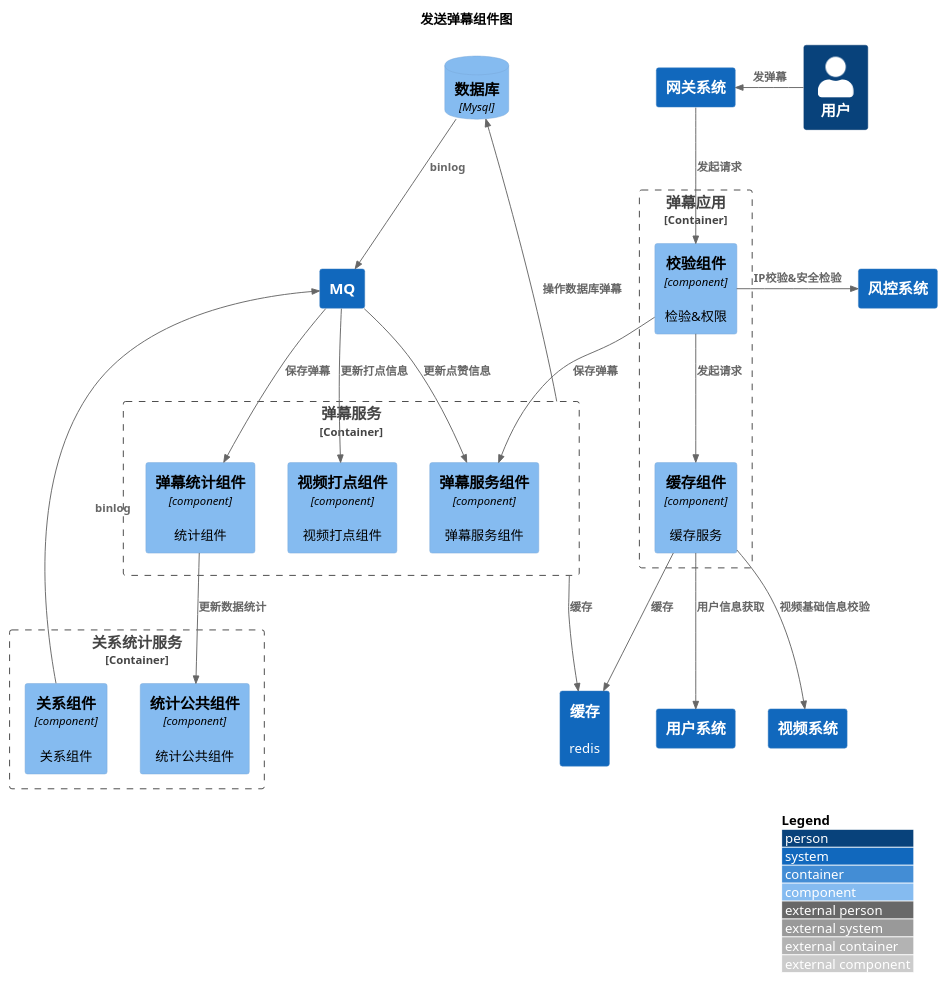
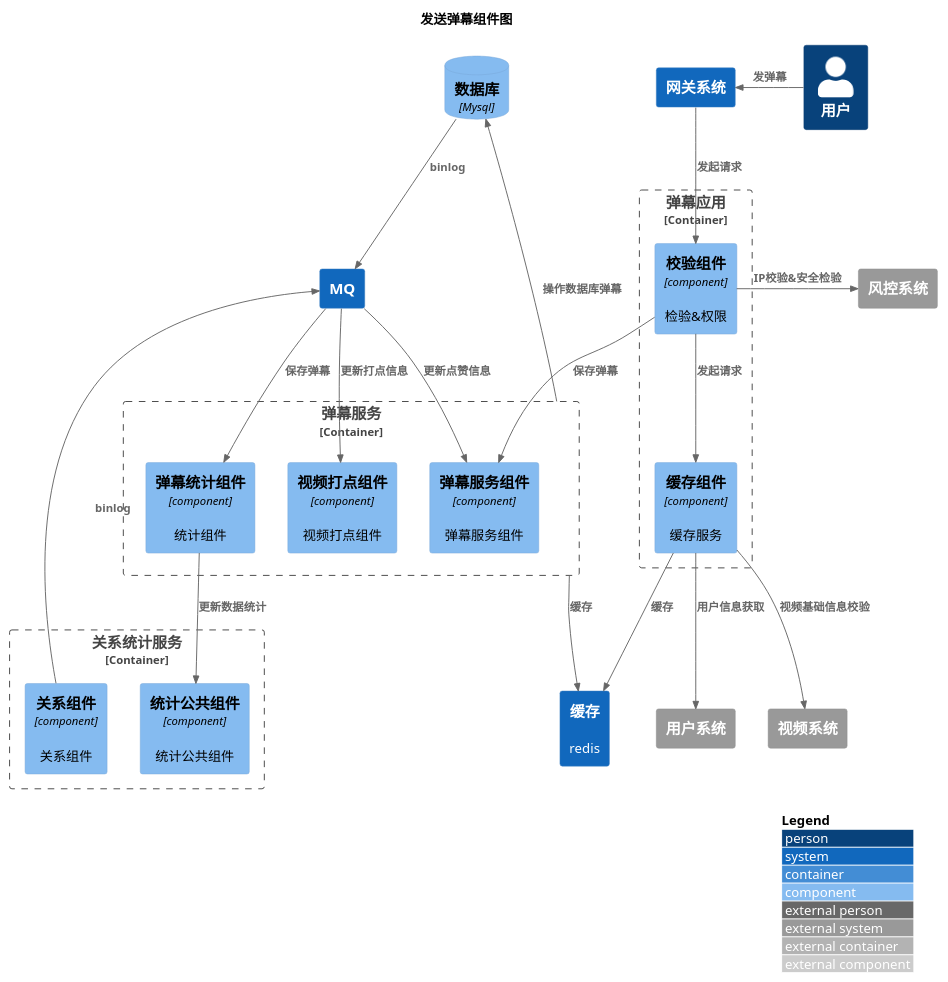
The diagram in puml/interact/content/barrage/add/component.puml (nxnnxn/community-doc), drawn with PlantUML before and after one commit. The commit also changed 9 other files, not shown here.

```diff
--- a/puml/interact/content/barrage/add/component.puml
+++ b/puml/interact/content/barrage/add/component.puml
@@ -1,57 +1,57 @@
 @startuml
 !include <C4/C4_Component>
 LAYOUT_WITH_LEGEND()
 
 title 发送弹幕组件图
 
 Person(user, "用户")
 System(gateway,"网关系统")
 
 Rel_L(user, gateway, "发弹幕")
 
 Container_Boundary(barrageFacade, "弹幕应用"){
     Component(checkComponent, "校验组件", "component", "检验&权限")
     Component(facadeCacheComponent, "缓存组件", "component", "缓存服务")
     Rel(checkComponent, facadeCacheComponent, "发起请求")
 }
 Container_Boundary(barrageService, "弹幕服务"){
     Component(barrageComponent, "弹幕服务组件", "component", "弹幕服务组件")
     Component(profileComponent, "视频打点组件", "component", "视频打点组件")
     Component(barrageStatComponent, "弹幕统计组件", "component", "统计组件")
 }
 
 Container_Boundary(relationService, "关系统计服务"){
     Component(relationComponent, "关系组件", "component", "关系组件")
     Component(statComponent, "统计公共组件", "component", "统计公共组件")
 }
-System(security,"风控系统")
-System(userSystem,"用户系统")
-System(videoSystem,"视频系统")
+System_Ext(security,"风控系统")
+System_Ext(userSystem,"用户系统")
+System_Ext(videoSystem,"视频系统")
 System(rocketmq,"MQ")
 System(redis,"缓存","redis")
 ComponentDb(db, "数据库", "Mysql")
 
 Rel(gateway, checkComponent, "发起请求")
 Rel_L(checkComponent, security, "IP校验&安全检验")
 Rel(facadeCacheComponent,videoSystem, "视频基础信息校验")
 Rel(facadeCacheComponent,userSystem, "用户信息获取")
 Rel(facadeCacheComponent,redis, "缓存")
 
 
 Rel(checkComponent,barrageComponent, "保存弹幕")
 Rel_U(barrageService,db, "操作数据库弹幕")
 Rel(db,rocketmq, "binlog")
 Rel_L(relationComponent,rocketmq, "binlog")
 
 Rel(rocketmq,profileComponent, "更新打点信息")
 Rel(rocketmq,barrageStatComponent, "保存弹幕")
 Rel(rocketmq,barrageComponent, "更新点赞信息")
 
 Rel(barrageStatComponent,statComponent, "更新数据统计")
 Rel(barrageService,redis, "缓存")
 
 
 
 
 
 @enduml
```
